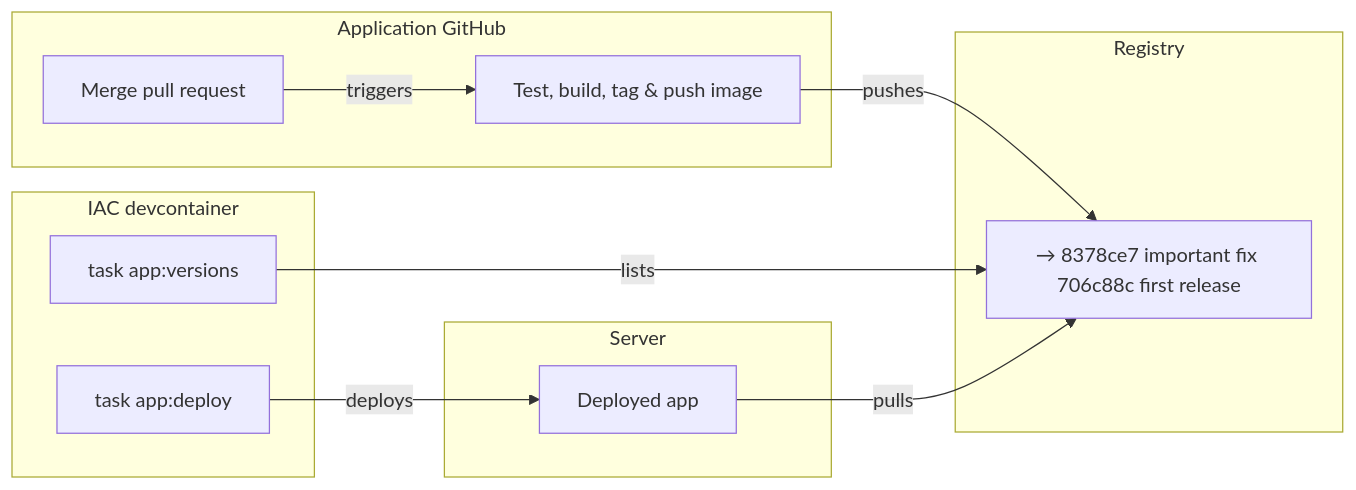
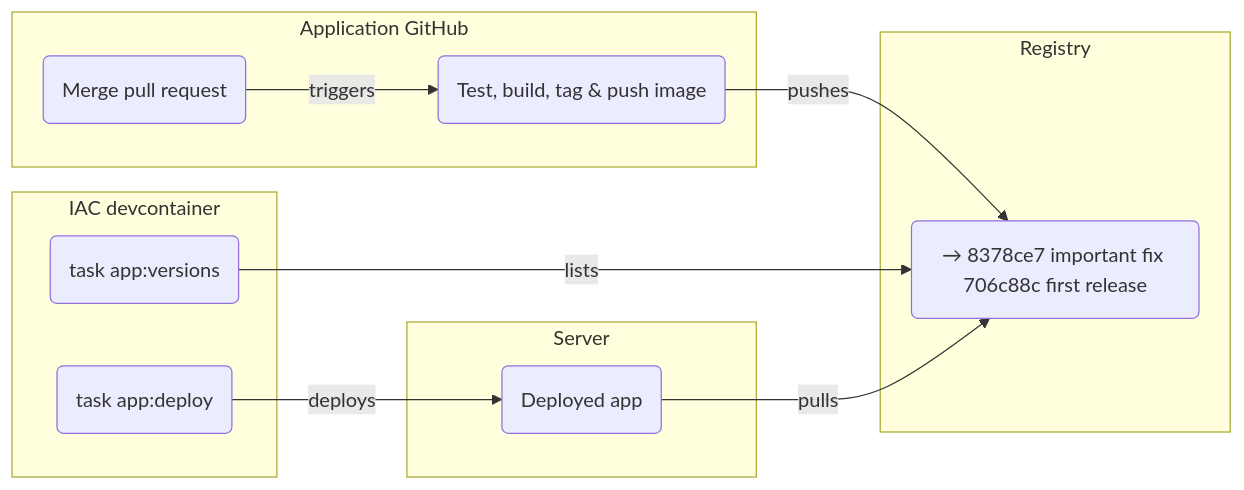
Before and after one commit to rednaw/iac: the diagram in docs/application-deployment.md, drawn with Mermaid. The commit also changed 13 other files, not shown here.

Commit message:
style and diagrams

````diff
--- a/docs/application-deployment.md
+++ b/docs/application-deployment.md
@@ -11,26 +11,26 @@
 ```mermaid
 flowchart LR
     subgraph LOCAL["IAC devcontainer"]
-        B["task app:versions"]
-        C["task app:deploy"]
+        B(task app:versions)
+        C(task app:deploy)
     end
 
     subgraph GITHUB["Application GitHub"]
-        A["Merge pull request"]
-        D["Test, build, tag & push image"]
+        A(Merge pull request)
+        D(Test, build, tag & push image)
     end
 
     subgraph REGISTRY["Registry"]
-      E["→ 8378ce7 important fix 706c88c first release"]
+      E(→ 8378ce7 important fix 706c88c first release)
     end
 
     subgraph SERVER["Server"]
-      F["Deployed app"]
+      F(Deployed app)
     end
 
     A -->|triggers| D
     B -->|lists| E
     C -->|deploys| F
     D -->|pushes| E
     F -->|pulls| E
 ```
````
